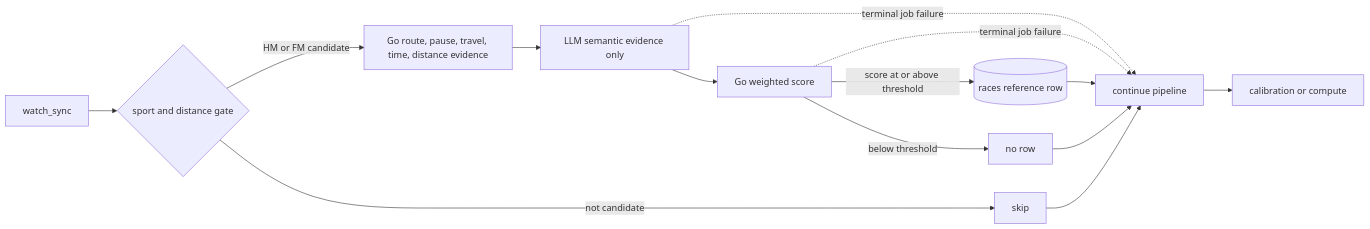
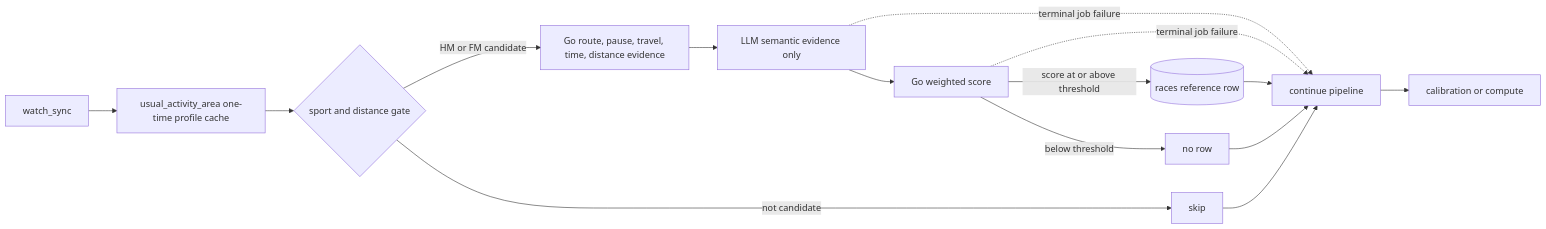
Before and after one commit to zhaochy1990/running: the diagram in docs/adr/0029-independent-race-history-detection.md, drawn with Mermaid. The commit also changed other lines of this file and 26 other files, not shown here.

Commit message:
feat(race-detection): cache usual activity area

````diff
--- a/docs/adr/0029-independent-race-history-detection.md
+++ b/docs/adr/0029-independent-race-history-detection.md
@@ -127,16 +136,17 @@
 ```mermaid
 flowchart LR
-    S[watch_sync] --> G{sport and distance gate}
+    S[watch_sync] --> A[usual_activity_area one-time profile cache]
+    A --> G{sport and distance gate}
     G -->|not candidate| K[skip]
     G -->|HM or FM candidate| F[Go route, pause, travel, time, distance evidence]
     F --> L[LLM semantic evidence only]
     L --> W[Go weighted score]
     W -->|score at or above threshold| R[(races reference row)]
     W -->|below threshold| N[no row]
     L -. terminal job failure .-> C[continue pipeline]
     W -. terminal job failure .-> C
     R --> C
     N --> C
     K --> C
     C --> P[calibration or compute]
 ```
````
